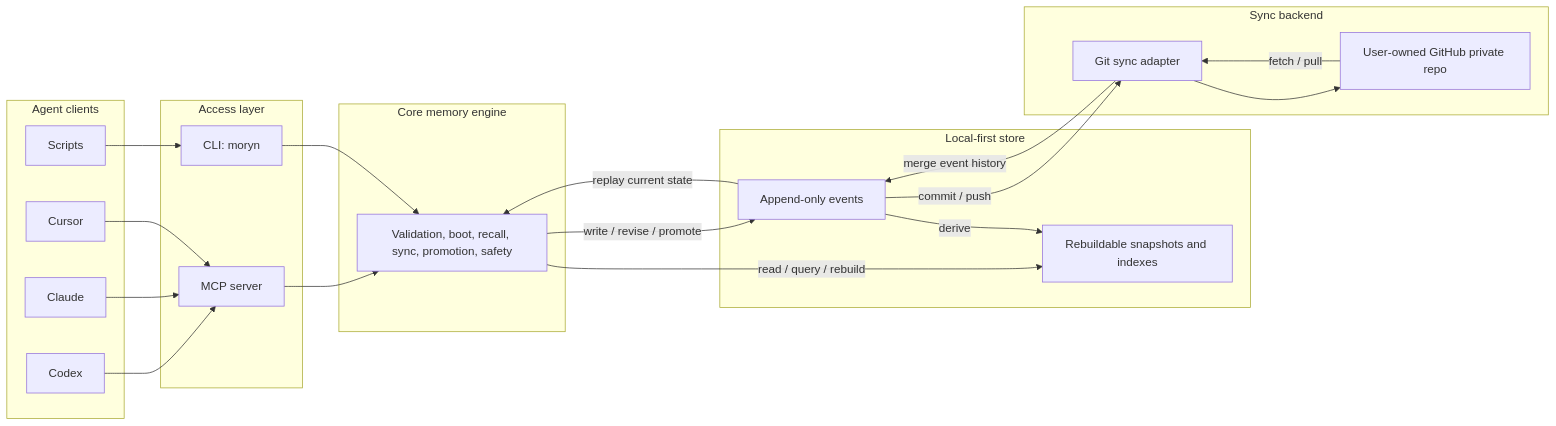
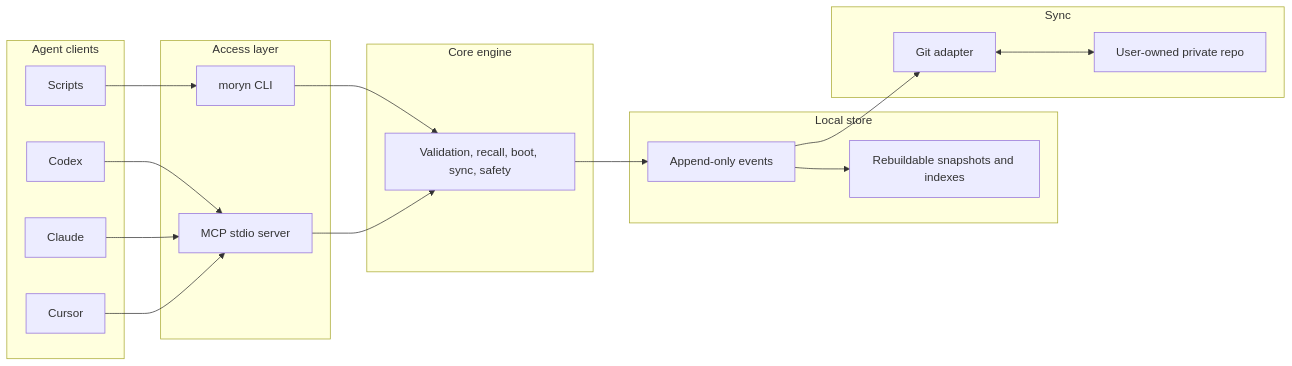
One commit to Richardyu114/Moryn changed the diagram in README.md. Above: the diagram before and after it, drawn with Mermaid. The commit also changed other lines of this file and 9 other files, not shown here.

````diff
--- a/README.md
+++ b/README.md
@@ -39,46 +28,39 @@
 ```mermaid
 flowchart LR
-  subgraph ClientLayer["Agent clients"]
-    A1["Codex"]
-    A2["Claude"]
-    A3["Cursor"]
-    A4["Scripts"]
+  subgraph Agents["Agent clients"]
+    Codex["Codex"]
+    Claude["Claude"]
+    Cursor["Cursor"]
+    Scripts["Scripts"]
   end
 
-  subgraph AccessLayer["Access layer"]
-    MCP["MCP server"]
-    CLI["CLI: moryn"]
+  subgraph Access["Access layer"]
+    CLI["moryn CLI"]
+    MCP["MCP stdio server"]
   end
 
-  subgraph EngineLayer["Core memory engine"]
-    Engine["Validation, boot, recall, sync, promotion, safety"]
+  subgraph Core["Core engine"]
+    Engine["Validation, recall, boot, sync, safety"]
   end
 
-  subgraph StoreLayer["Local-first store"]
+  subgraph Store["Local store"]
     Events["Append-only events"]
-    Derived["Rebuildable snapshots and indexes"]
+    Views["Rebuildable snapshots and indexes"]
   end
 
-  subgraph SyncLayer["Sync backend"]
-    Git["Git sync adapter"]
-    GitHub["User-owned GitHub private repo"]
+  subgraph Sync["Sync"]
+    Git["Git adapter"]
+    Remote["User-owned private repo"]
   end
 
-  A1 --> MCP
-  A2 --> MCP
-  A3 --> MCP
-  A4 --> CLI
-
+  Codex --> MCP
+  Claude --> MCP
+  Cursor --> MCP
+  Scripts --> CLI
+  CLI --> Engine
   MCP --> Engine
-  CLI --> Engine
-
-  Engine -->|"write / revise / promote"| Events
-  Events -->|"replay current state"| Engine
-  Engine -->|"read / query / rebuild"| Derived
-  Events -->|"derive"| Derived
-
-  Events -->|"commit / push"| Git
-  Git --> GitHub
-  GitHub -->|"fetch / pull"| Git
-  Git -->|"merge event history"| Events
+  Engine --> Events
+  Events --> Views
+  Events --> Git
+  Git <--> Remote
 ```
````
